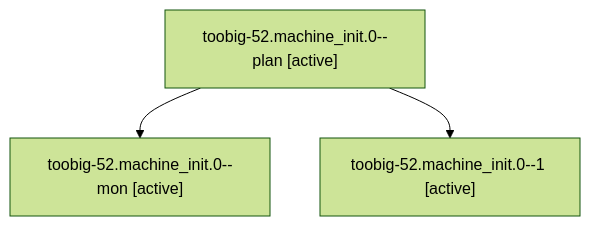
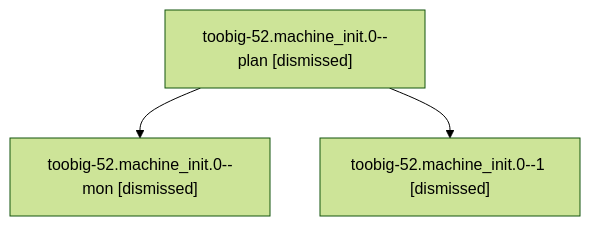
One commit to sase-org/sase--agents changed the diagram in sessions/bbugyi200.athena.toobig-52.machine_init.0.md. Above: the diagram before and after it, drawn with Mermaid (forest theme). The commit also changed other lines of this file and 101 other files, not shown here.

````diff
--- a/sessions/bbugyi200.athena.toobig-52.machine_init.0.md
+++ b/sessions/bbugyi200.athena.toobig-52.machine_init.0.md
@@ -9,8 +9,8 @@
 ```mermaid
 flowchart TD
-  n0["toobig-52.machine_init.0--plan [active]"]
-  n1["toobig-52.machine_init.0--mon [active]"]
+  n0["toobig-52.machine_init.0--plan [dismissed]"]
+  n1["toobig-52.machine_init.0--mon [dismissed]"]
   n0 --> n1
-  n2["toobig-52.machine_init.0--1 [active]"]
+  n2["toobig-52.machine_init.0--1 [dismissed]"]
   n0 --> n2
 ```
````
